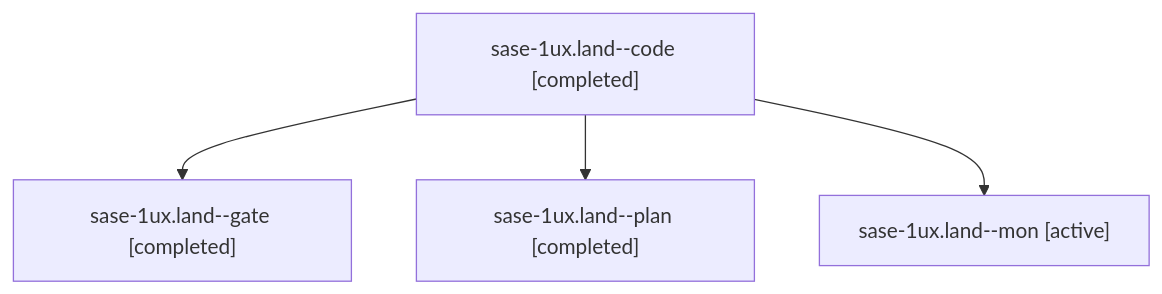
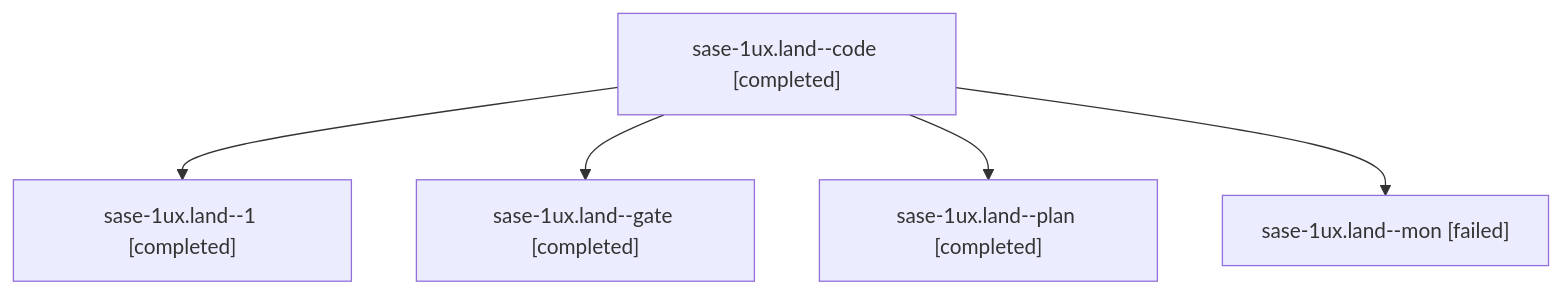
The diagram in sessions/bbugyi200.athena.sase-1ux.land.md (sase-org/sase--agents), drawn with Mermaid before and after one commit. The commit also changed other lines of this file and 24 other files, not shown here.

````diff
--- a/sessions/bbugyi200.athena.sase-1ux.land.md
+++ b/sessions/bbugyi200.athena.sase-1ux.land.md
@@ -9,10 +9,12 @@
 ```mermaid
 flowchart TD
   n0["sase-1ux.land--code [completed]"]
-  n1["sase-1ux.land--gate [completed]"]
+  n1["sase-1ux.land--1 [completed]"]
   n0 --> n1
-  n2["sase-1ux.land--plan [completed]"]
+  n2["sase-1ux.land--gate [completed]"]
   n0 --> n2
-  n3["sase-1ux.land--mon [active]"]
+  n3["sase-1ux.land--plan [completed]"]
   n0 --> n3
+  n4["sase-1ux.land--mon [failed]"]
+  n0 --> n4
 ```
````
